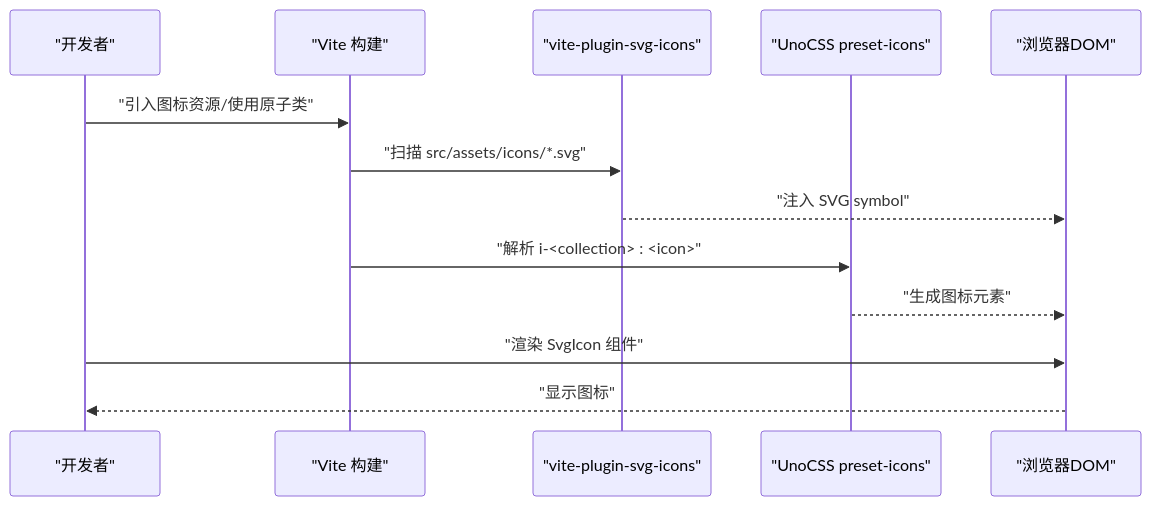
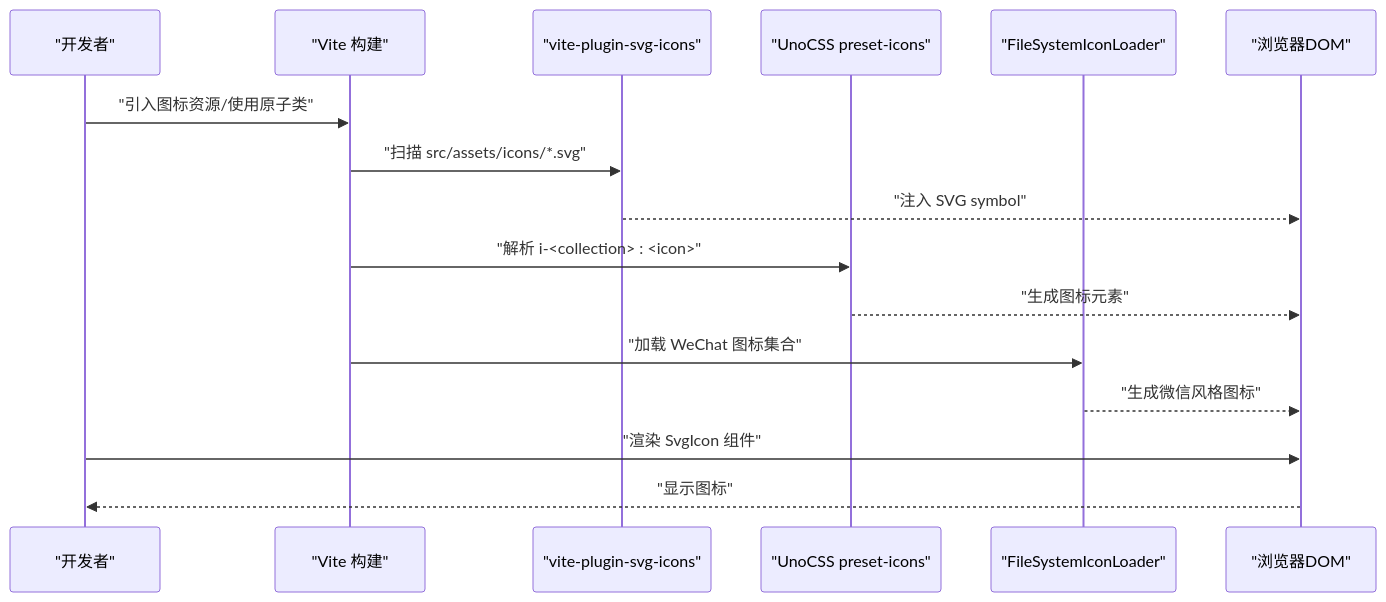
The second of 5 diagrams in .qoder/repowiki/zh/content/UI组件系统/图标系统.md (giserman001/vue3-vant4-mobile), drawn with Mermaid before and after one commit. The commit also changed other lines of this file and 17 other files, not shown here.

First line of the commit message:
docs(icon-system): 补充微信风格图标系统文档及架构说明

````diff
--- a/.qoder/repowiki/zh/content/UI组件系统/图标系统.md
+++ b/.qoder/repowiki/zh/content/UI组件系统/图标系统.md
@@ -132,15 +156,18 @@
 ```mermaid
 sequenceDiagram
 participant Dev as "开发者"
 participant Vite as "Vite 构建"
 participant SVGPlugin as "vite-plugin-svg-icons"
 participant Uno as "UnoCSS preset-icons"
+participant CustomLoader as "FileSystemIconLoader"
 participant DOM as "浏览器DOM"
 Dev->>Vite : "引入图标资源/使用原子类"
 Vite->>SVGPlugin : "扫描 src/assets/icons/*.svg"
 SVGPlugin-->>DOM : "注入 SVG symbol"
 Vite->>Uno : "解析 i-<collection> : <icon>"
 Uno-->>DOM : "生成图标元素"
+Vite->>CustomLoader : "加载 WeChat 图标集合"
+CustomLoader-->>DOM : "生成微信风格图标"
 Dev->>DOM : "渲染 SvgIcon 组件"
 DOM-->>Dev : "显示图标"
 ```
````
